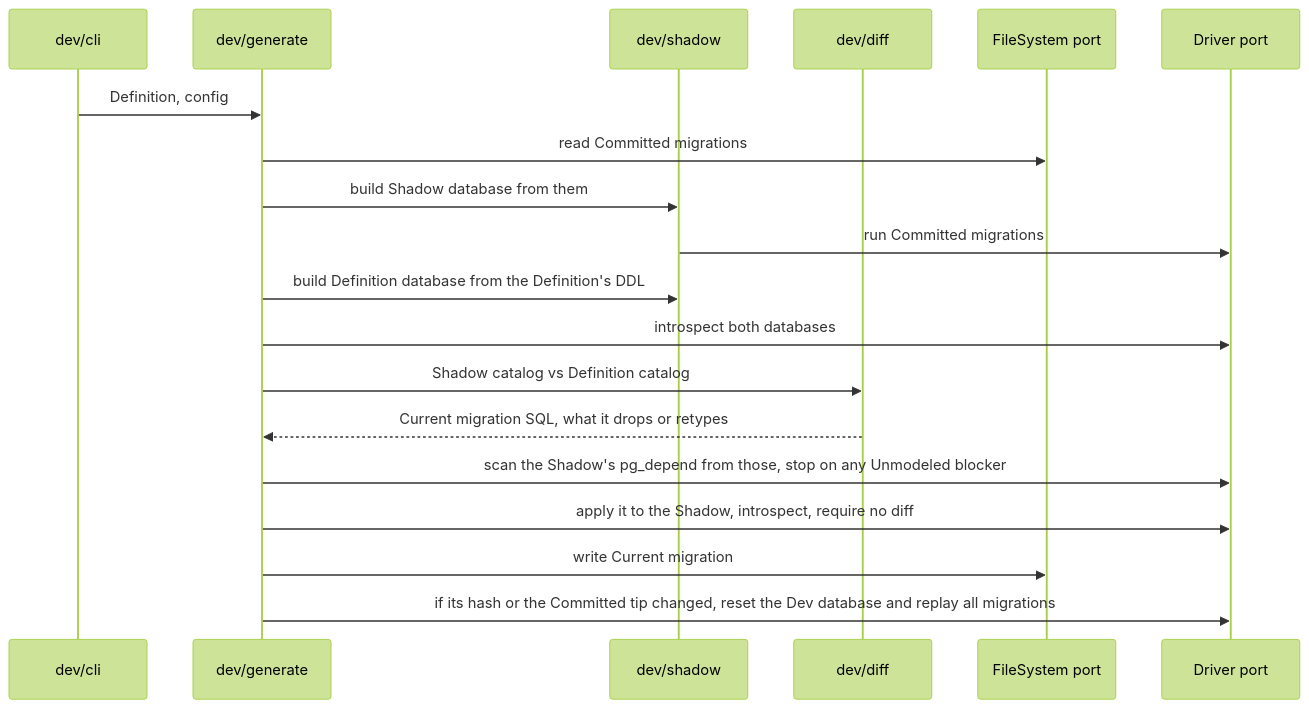
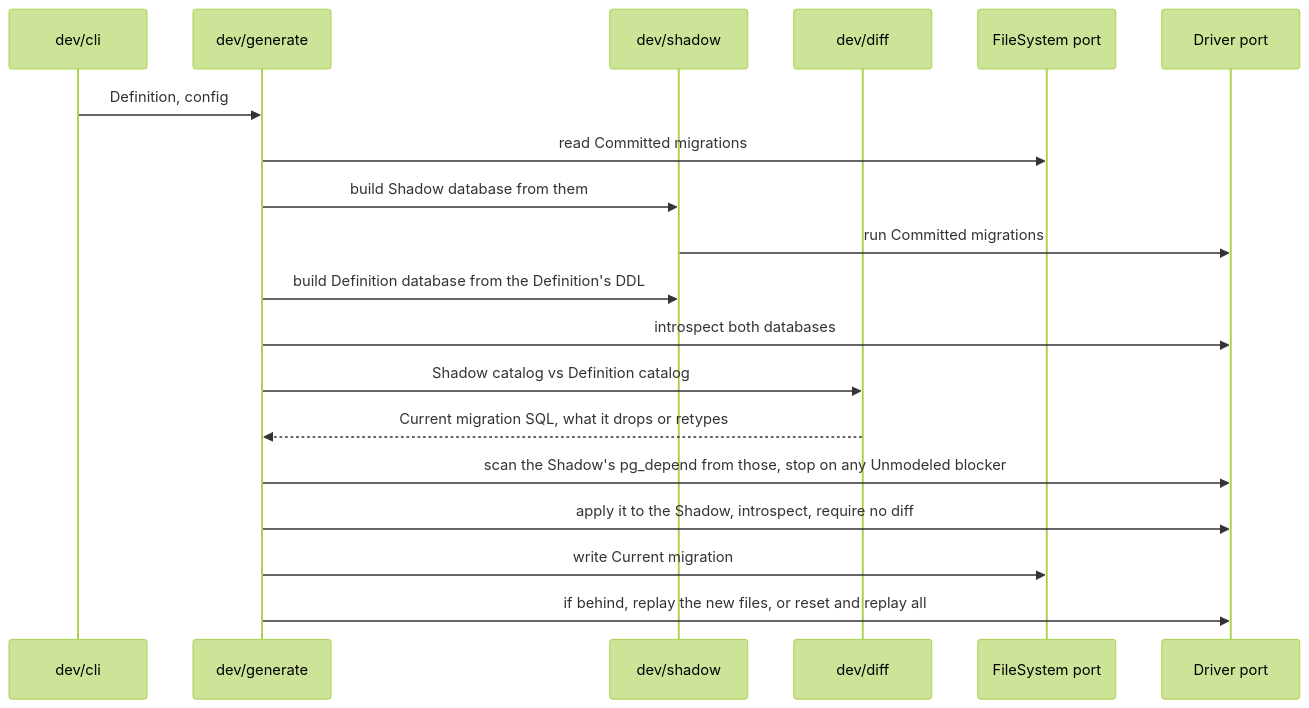
Before and after one commit to smonn/db: the first of 5 diagrams in docs/architecture/cli.md, drawn with Mermaid (forest theme). The commit also changed other lines of this file and 15 other files, not shown here.

First line of the commit message:
fix(generate): replay new files into the Dev database instead of resetting

````diff
--- a/docs/architecture/cli.md
+++ b/docs/architecture/cli.md
@@ -28,22 +28,22 @@
 ```mermaid
 sequenceDiagram
   participant CLI as dev/cli
   participant Gen as dev/generate
   participant Shadow as dev/shadow
   participant Diff as dev/diff
   participant FS as FileSystem port
   participant DB as Driver port
 
   CLI->>Gen: Definition, config
   Gen->>FS: read Committed migrations
   Gen->>Shadow: build Shadow database from them
   Shadow->>DB: run Committed migrations
   Gen->>Shadow: build Definition database from the Definition's DDL
   Gen->>DB: introspect both databases
   Gen->>Diff: Shadow catalog vs Definition catalog
   Diff-->>Gen: Current migration SQL, what it drops or retypes
   Gen->>DB: scan the Shadow's pg_depend from those, stop on any Unmodeled blocker
   Gen->>DB: apply it to the Shadow, introspect, require no diff
   Gen->>FS: write Current migration
-  Gen->>DB: if its hash or the Committed tip changed, reset the Dev database and replay all migrations
+  Gen->>DB: if behind, replay the new files, or reset and replay all
 ```
````
